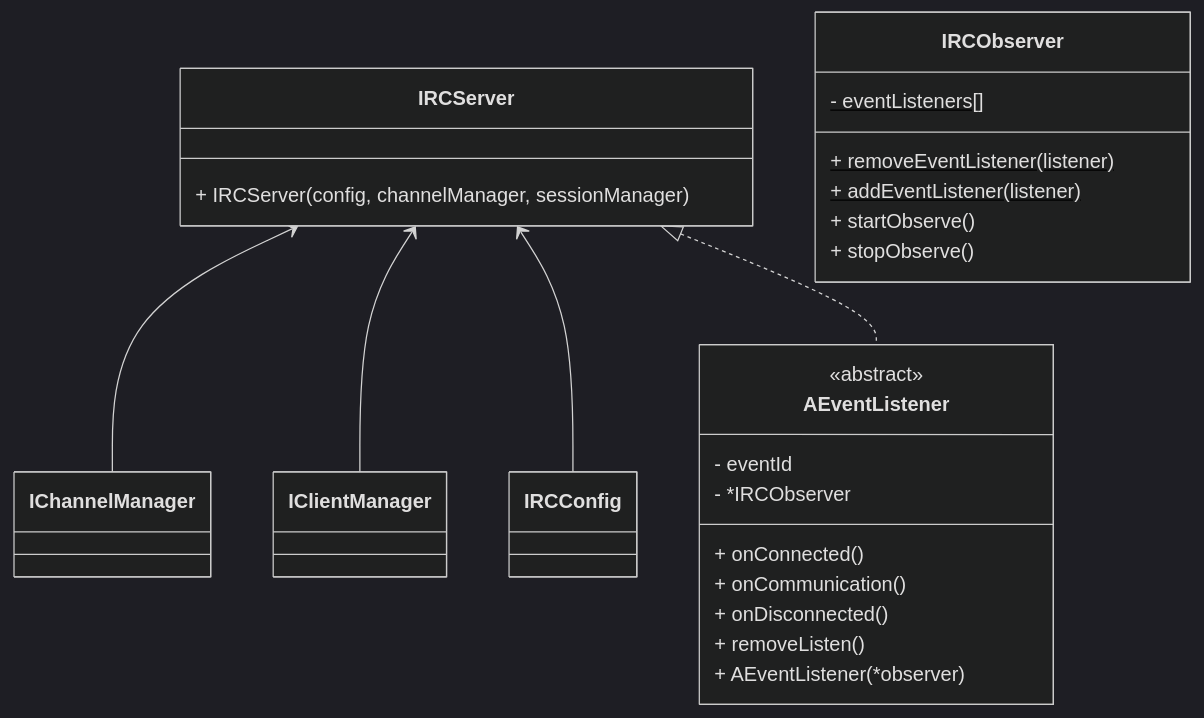
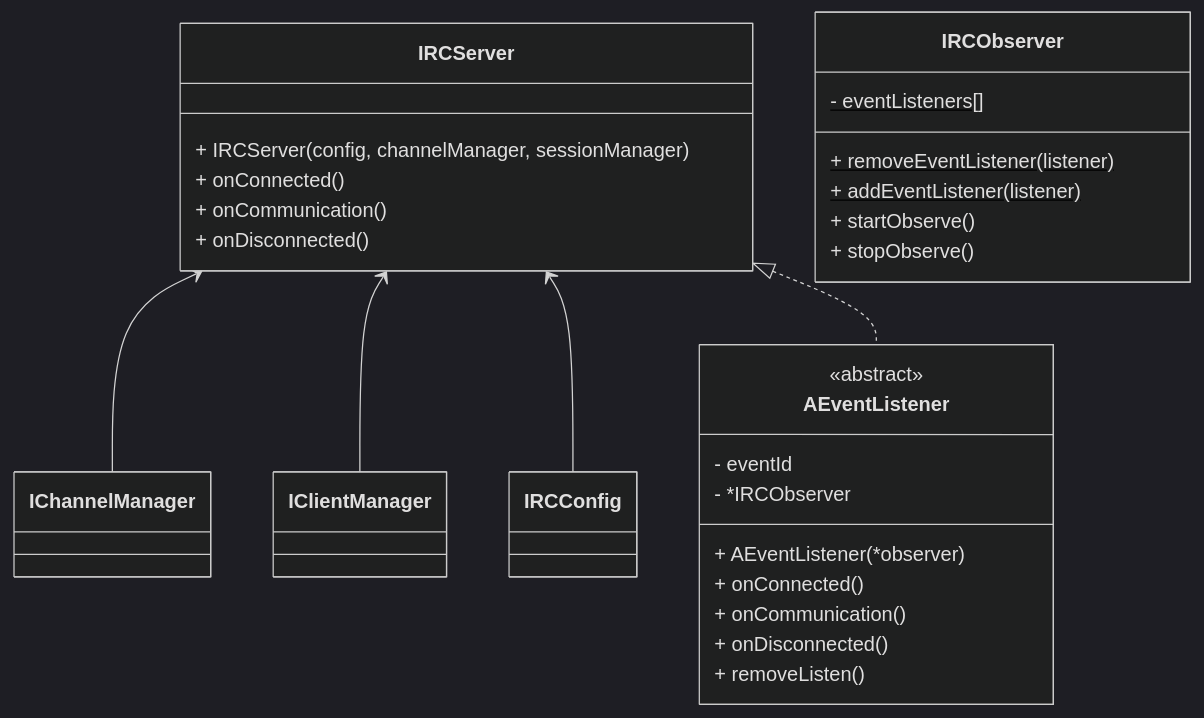
Before and after one commit to mfukui1218/irc: the first of 13 diagrams in docs/class_design.md, drawn with Mermaid (dark theme). The commit also changed other lines of this file, not shown here.

````diff
--- a/docs/class_design.md
+++ b/docs/class_design.md
@@ -31,34 +31,37 @@
 ```mermaid
 classDiagram
 
 	IRCServer <-- IChannelManager
 	IRCServer <-- IClientManager
 	IRCServer <-- IRCConfig
 
 	IRCServer <|.. AEventListener
 
 	class IRCServer {
 		+ IRCServer(config, channelManager, sessionManager)
+		 + onConnected()
+		 + onCommunication()
+		 + onDisconnected()
 	}
 
 	class IRCObserver {
 		- eventListeners[]$
 		+ removeEventListener(listener)$
 		+ addEventListener(listener)$
 		+ startObserve()
 		+ stopObserve()
 	}
 
 	IRCObserver
 	class AEventListener {
 		<<abstract>>
 		 - eventId
 		 - *IRCObserver
+		 + AEventListener(*observer)
 		 + onConnected()
 		 + onCommunication()
 		 + onDisconnected()
 		 + removeListen()
-		 + AEventListener(*observer)
 	}
 	
 ```
````
